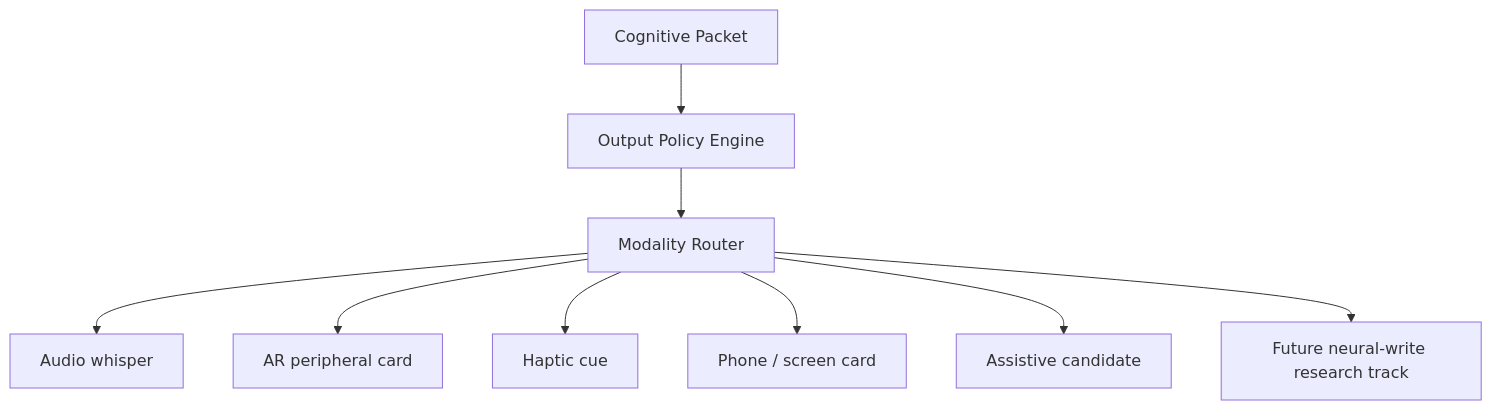
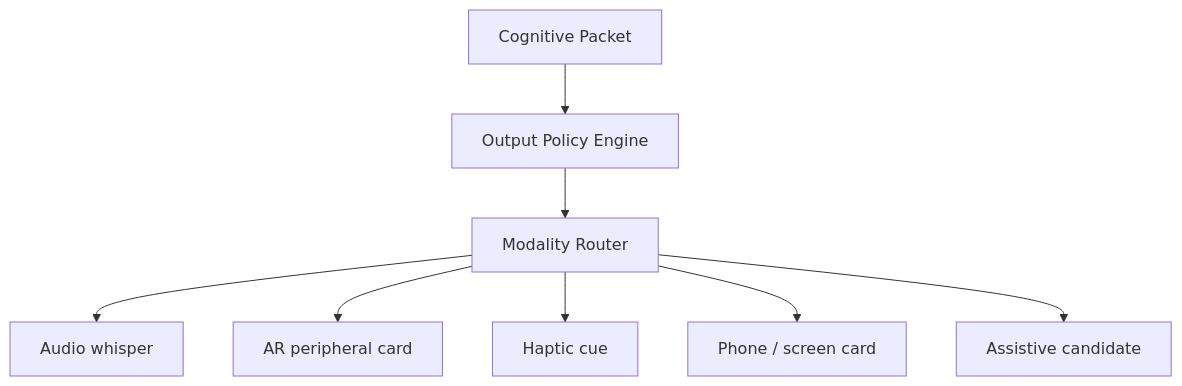
The diagram in README.md (Pharmacist65/symborg), drawn with Mermaid before and after one commit. The commit also changed other lines of this file and 6 other files, not shown here.

First line of the commit message:
Remove the neural-write track: the return path goes through the senses

````diff
--- a/README.md
+++ b/README.md
@@ -184,11 +184,10 @@
 ```mermaid
 flowchart TD
     A["Cognitive Packet"] --> B["Output Policy Engine"]
     B --> C["Modality Router"]
     C --> D["Audio whisper"]
     C --> E["AR peripheral card"]
     C --> F["Haptic cue"]
     C --> G["Phone / screen card"]
     C --> H["Assistive candidate"]
-    C --> I["Future neural-write research track"]
 ```
````
